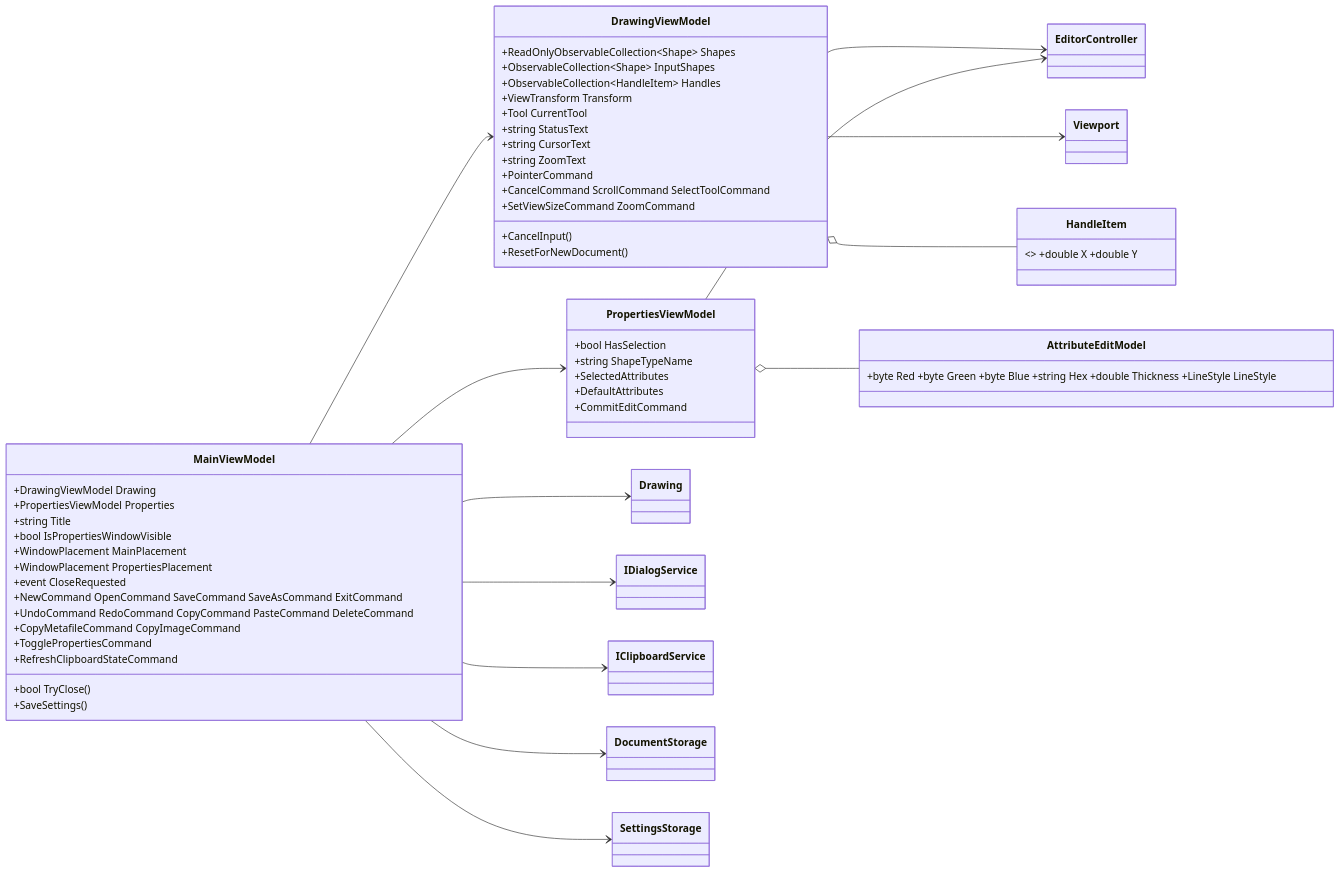
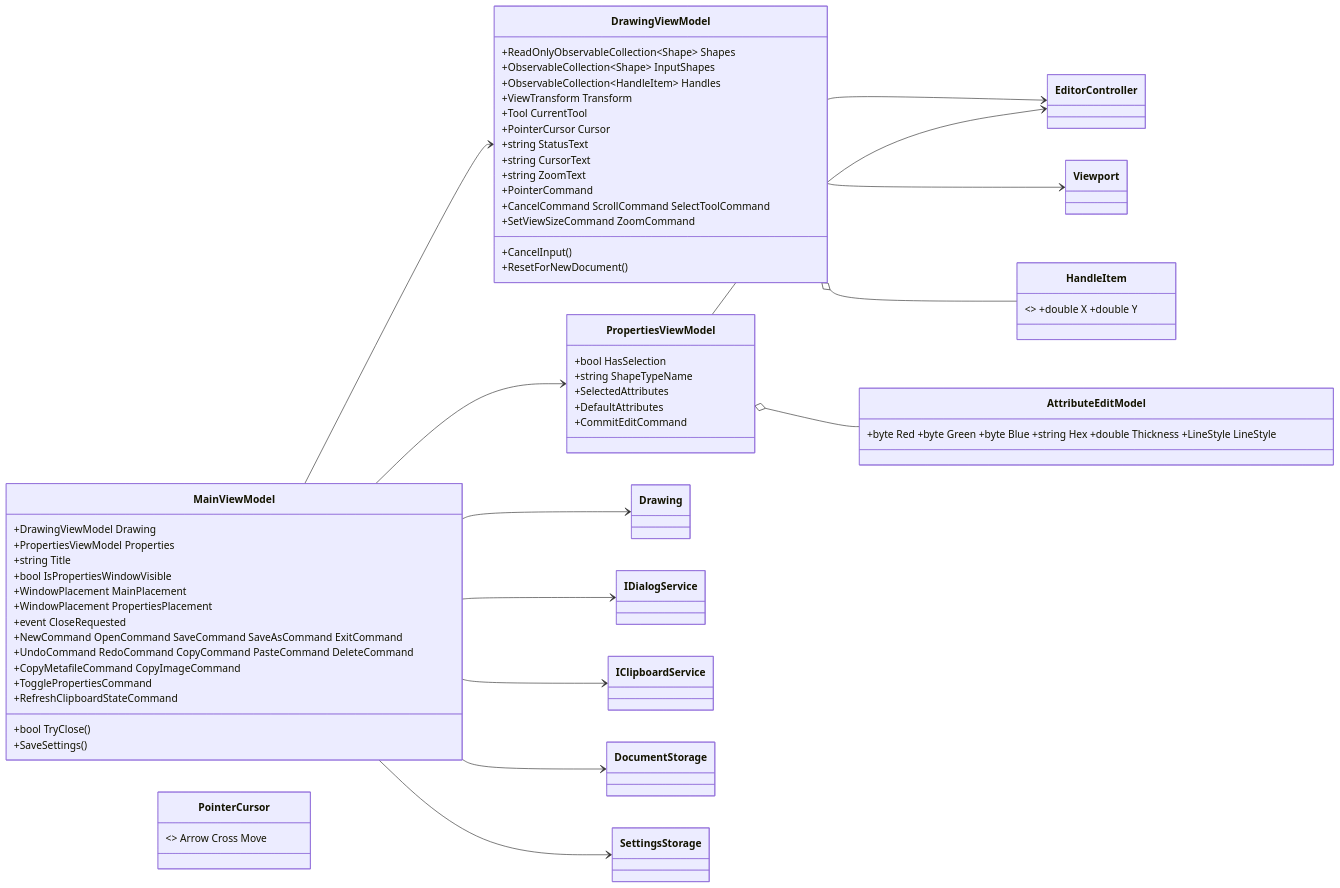
Before and after one commit to Fujiwo/Shos.WpfCadSample: the fifth of 11 diagrams in Documents/20261105-cad-architecture.md, drawn with Mermaid. The commit also changed other lines of this file and 25 other files, not shown here.

````diff
--- a/Documents/20261105-cad-architecture.md
+++ b/Documents/20261105-cad-architecture.md
@@ -355,56 +357,58 @@
 ```mermaid
 classDiagram
     direction LR
     class MainViewModel {
         +DrawingViewModel Drawing
         +PropertiesViewModel Properties
         +string Title
         +bool IsPropertiesWindowVisible
         +WindowPlacement MainPlacement
         +WindowPlacement PropertiesPlacement
         +event CloseRequested
         +NewCommand OpenCommand SaveCommand SaveAsCommand ExitCommand
         +UndoCommand RedoCommand CopyCommand PasteCommand DeleteCommand
         +CopyMetafileCommand CopyImageCommand
         +TogglePropertiesCommand
         +RefreshClipboardStateCommand
         +bool TryClose()
         +SaveSettings()
     }
     class DrawingViewModel {
         +ReadOnlyObservableCollection~Shape~ Shapes
         +ObservableCollection~Shape~ InputShapes
         +ObservableCollection~HandleItem~ Handles
         +ViewTransform Transform
         +Tool CurrentTool
+        +PointerCursor Cursor
         +string StatusText
         +string CursorText
         +string ZoomText
         +PointerCommand
         +CancelCommand ScrollCommand SelectToolCommand
         +SetViewSizeCommand ZoomCommand
         +CancelInput()
         +ResetForNewDocument()
     }
     class PropertiesViewModel {
         +bool HasSelection
         +string ShapeTypeName
         +SelectedAttributes
         +DefaultAttributes
         +CommitEditCommand
     }
     class HandleItem { <<record>> +double X +double Y }
+    class PointerCursor { <<enum>> Arrow Cross Move }
     class AttributeEditModel { +byte Red +byte Green +byte Blue +string Hex +double Thickness +LineStyle LineStyle }
     MainViewModel --> DrawingViewModel
     MainViewModel --> PropertiesViewModel
     MainViewModel --> Drawing
     MainViewModel --> IDialogService
     MainViewModel --> IClipboardService
     MainViewModel --> DocumentStorage
     MainViewModel --> SettingsStorage
     DrawingViewModel --> EditorController
     DrawingViewModel --> Viewport
     DrawingViewModel o-- HandleItem
     PropertiesViewModel --> EditorController
     PropertiesViewModel o-- AttributeEditModel
 ```
````
